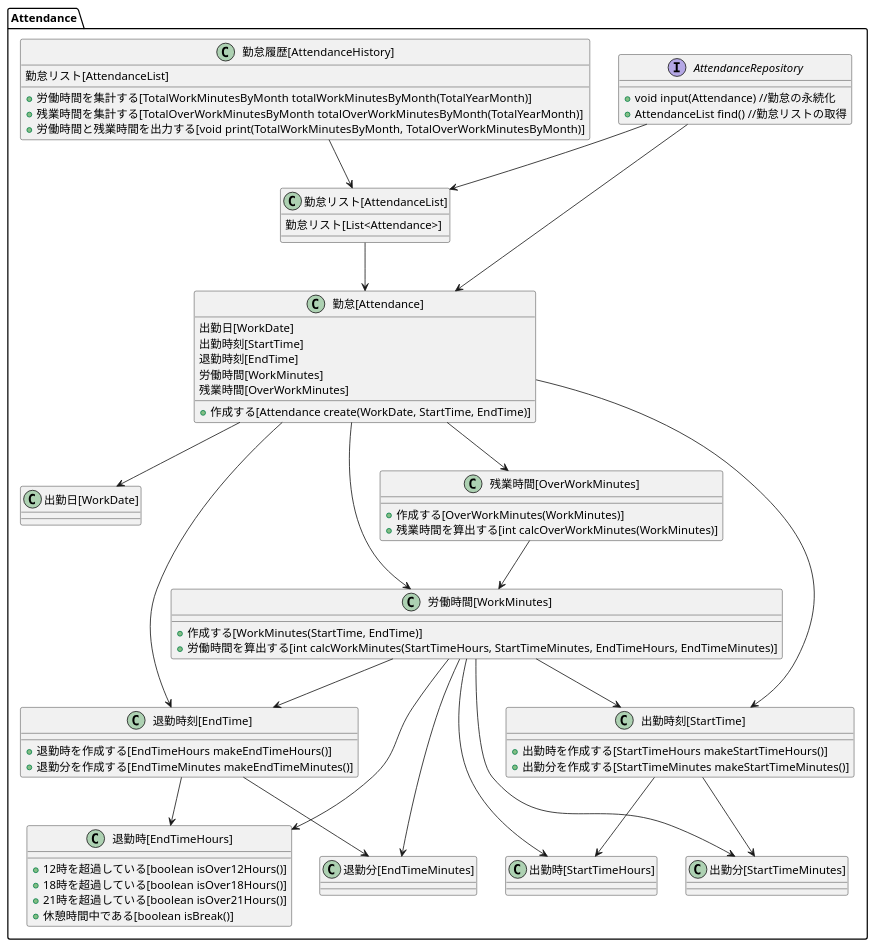
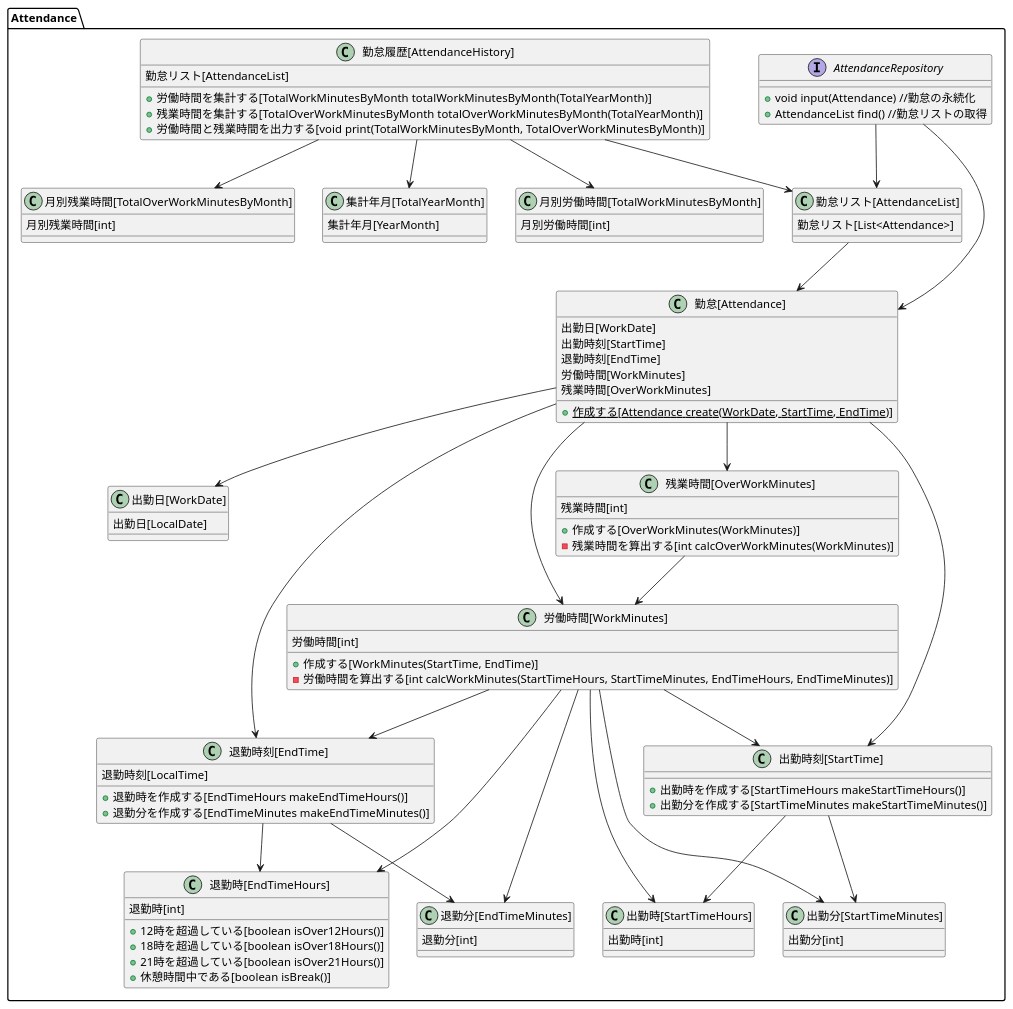
The diagram in doument/モデル設計/attendance/Attendance_レビュー修正前.puml (biglobe-isp/kintai), drawn with PlantUML before and after one commit. The commit also changed 18 other files, not shown here.

Commit message:
仕様追加の修正とドメインモデル図の整理、修正

```diff
--- a/doument/モデル設計/attendance/Attendance_レビュー修正前.puml
+++ b/doument/モデル設計/attendance/Attendance_レビュー修正前.puml
@@ -1,97 +1,121 @@
 @startuml
 
 package Attendance {
 
 interface AttendanceRepository {
     +void input(Attendance) //勤怠の永続化
     +AttendanceList find() //勤怠リストの取得
 }
 
 class "勤怠[Attendance]" as Attendance {
     出勤日[WorkDate]
     出勤時刻[StartTime]
     退勤時刻[EndTime]
     労働時間[WorkMinutes]
     残業時間[OverWorkMinutes]
-    + 作成する[Attendance create(WorkDate, StartTime, EndTime)]
+    + {static} 作成する[Attendance create(WorkDate, StartTime, EndTime)]
 }
 
 class "勤怠履歴[AttendanceHistory]" as AttendanceHistory {
     勤怠リスト[AttendanceList]
     + 労働時間を集計する[TotalWorkMinutesByMonth totalWorkMinutesByMonth(TotalYearMonth)]
     + 残業時間を集計する[TotalOverWorkMinutesByMonth totalOverWorkMinutesByMonth(TotalYearMonth)]
     + 労働時間と残業時間を出力する[void print(TotalWorkMinutesByMonth, TotalOverWorkMinutesByMonth)]
 }
 
+class "月別労働時間[TotalWorkMinutesByMonth]" as TotalWorkMinutesByMonth {
+    月別労働時間[int]
+}
+
+class "月別残業時間[TotalOverWorkMinutesByMonth]" as TotalOverWorkMinutesByMonth {
+    月別残業時間[int]
+}
+
+class "集計年月[TotalYearMonth]" as TotalYearMonth {
+    集計年月[YearMonth]
+}
+
 class "勤怠リスト[AttendanceList]" as AttendanceList {
     勤怠リスト[List<Attendance>]
 }
 
 class "出勤日[WorkDate]" as WorkDate {
+    出勤日[LocalDate]
 }
 
 class "出勤時刻[StartTime]" as StartTime {
     + 出勤時を作成する[StartTimeHours makeStartTimeHours()]
     + 出勤分を作成する[StartTimeMinutes makeStartTimeMinutes()]
 }
 
 class "出勤時[StartTimeHours]" as StartTimeHours {
+    出勤時[int]
 }
 
 class "出勤分[StartTimeMinutes]" as StartTimeMinutes {
+    出勤分[int]
 }
 
 class "退勤時刻[EndTime]" as EndTime {
+    退勤時刻[LocalTime]
     + 退勤時を作成する[EndTimeHours makeEndTimeHours()]
     + 退勤分を作成する[EndTimeMinutes makeEndTimeMinutes()]
 }
 
 class "退勤時[EndTimeHours]" as EndTimeHours {
+    退勤時[int]
     + 12時を超過している[boolean isOver12Hours()]
     + 18時を超過している[boolean isOver18Hours()]
     + 21時を超過している[boolean isOver21Hours()]
     + 休憩時間中である[boolean isBreak()]
 }
 
 class "退勤分[EndTimeMinutes]" as EndTimeMinutes {
+    退勤分[int]
 }
 
 class "労働時間[WorkMinutes]" as WorkMinutes {
+    労働時間[int]
     + 作成する[WorkMinutes(StartTime, EndTime)]
-    + 労働時間を算出する[int calcWorkMinutes(StartTimeHours, StartTimeMinutes, EndTimeHours, EndTimeMinutes)]
+    - 労働時間を算出する[int calcWorkMinutes(StartTimeHours, StartTimeMinutes, EndTimeHours, EndTimeMinutes)]
 }
 
 class "残業時間[OverWorkMinutes]" as OverWorkMinutes {
+    残業時間[int]
     + 作成する[OverWorkMinutes(WorkMinutes)]
-    + 残業時間を算出する[int calcOverWorkMinutes(WorkMinutes)]
+    - 残業時間を算出する[int calcOverWorkMinutes(WorkMinutes)]
 }
 
 AttendanceRepository -down-> Attendance
 AttendanceRepository -down-> AttendanceList
 AttendanceHistory -down-> AttendanceList
 AttendanceList -down-> Attendance
+
+AttendanceHistory -down-> TotalWorkMinutesByMonth
+AttendanceHistory -down-> TotalOverWorkMinutesByMonth
+AttendanceHistory -down-> TotalYearMonth
 
 Attendance -down-> WorkDate
 Attendance -down-> StartTime
 Attendance -down-> EndTime
 Attendance -down-> WorkMinutes
 Attendance -down-> OverWorkMinutes
 
 OverWorkMinutes -down-> WorkMinutes
 
 WorkMinutes -down-> StartTime
 WorkMinutes -down-> EndTime
 WorkMinutes -down-> StartTimeHours
 WorkMinutes -down-> StartTimeMinutes
 WorkMinutes -down-> EndTimeHours
 WorkMinutes -down-> EndTimeMinutes
 
 StartTime -down-> StartTimeHours
 StartTime -down-> StartTimeMinutes
 
 EndTime -down-> EndTimeHours
 EndTime -down-> EndTimeMinutes
 
 }
 
 @enduml
```
